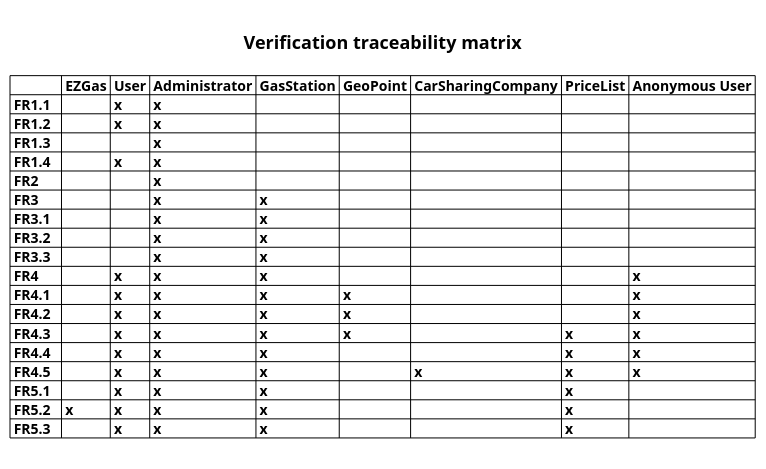
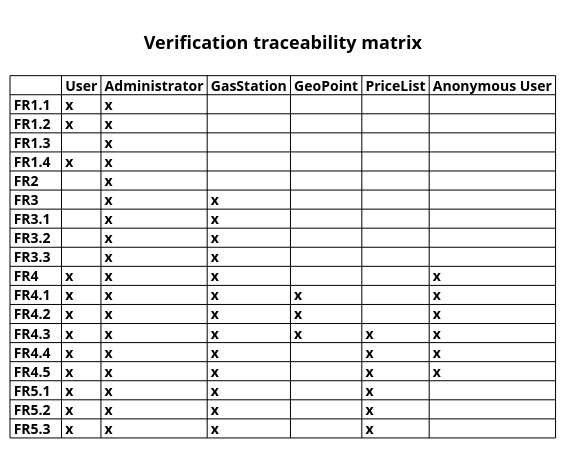
The fifth of 7 diagrams in docs/DesignDocument.md (SE2-group4/SE1-project), drawn with PlantUML before and after one commit. The commit also changed other lines of this file, not shown here.

Commit message:
fix: fix in traceability mat and added converter in LLD

````diff
--- a/docs/DesignDocument.md
+++ b/docs/DesignDocument.md
@@ -476,49 +485,49 @@
 ```plantuml
 
 skinparam defaultTextAlignment center
 
 title
 
   =Verification traceability matrix
 
-  |= |= EZGas |= User |= Administrator |= GasStation |= GeoPoint |= CarSharingCompany |= PriceList |= Anonymous User |
+  |= ||= User |= Administrator |= GasStation |= GeoPoint |= PriceList |= Anonymous User |
   ' Define a new user, or modify an existing user
-  | FR1.1   | | x | x | | | | | |
+  | FR1.1   | x | x | | | | |
   ' Delete a user
-  | FR1.2   | | x | x | | | | | |
+  | FR1.2   | x | x | | | |
   ' List all users
-  | FR1.3   | | | x | | | | | |
+  | FR1.3   | | x | | | | |
   ' Search a user
-  | FR1.4   | | x | x | | | | | |
+  | FR1.4   | x | x | | | | |
   ' Manage rights. Authorize access to functions to specific actors according to access rights
-  | FR2     | | | x | | | | | |
+  | FR2     | | x | | | | |
   ' Manage gas stations
-  | FR3     | | | x | x | | | | |
+  | FR3     | | x | x | | | |
   ' Define a new gas station, or modify an existing gas station
-  | FR3.1   | | | x | x | | | | |
+  | FR3.1   | | x | x | | | |
   ' Delete a gas station
-  | FR3.2   | | | x | x | | | | |
+  | FR3.2   | | x | x | | | |
   ' List all gas stations
-  | FR3.3   | | | x | x | | | | |
+  | FR3.3   | | x | x | | | |
   ' Search gas stations
-  | FR4     | | x | x | x | | | | x |
+  | FR4     | x | x | x | | | x |
   ' Retrieve gas stations within radius r of a given geo point
-  | FR4.1   | | x | x | x | x | | | x |
+  | FR4.1   | x | x | x | x | | x |
   ' Retrieve gas stations within radius r of a given address
-  | FR4.2   | | x | x | x | x | | | x |
+  | FR4.2   | x | x | x | x | | x |
   ' Show given set of gas stations, and their fuel prices on a given map
-  | FR4.3   | | x | x | x | x | | x | x |
+  | FR4.3   | x | x | x | x | x | x |
   ' Sort given set of gas stations according to fuel type price
-  | FR4.4   | | x | x | x | | | x | x |
+  | FR4.4   | x | x | x | | x | x |
   ' Filter out given set of gas stations according to fuel type and or car sharing option
-  | FR4.5   | | x | x | x | | x | x | x |
+  | FR4.5   | x | x | x | | x | x |
   ' Manage fuel prices and trust
-  | FR5.1   | | x | x | x | | | x | |
+  | FR5.1   | x | x | x | | x | |
   ' Update trust level of a price list for a gas station
-  | FR5.2   | x | x | x | x | | | x | |
+  | FR5.2   | x | x | x | | x | |
   ' Evaluate  price list for a gas station
-  | FR5.3   | | x | x | x | | | x | |
+  | FR5.3  | x | x | x | | x | |
 
 end title
 
 ```
````
